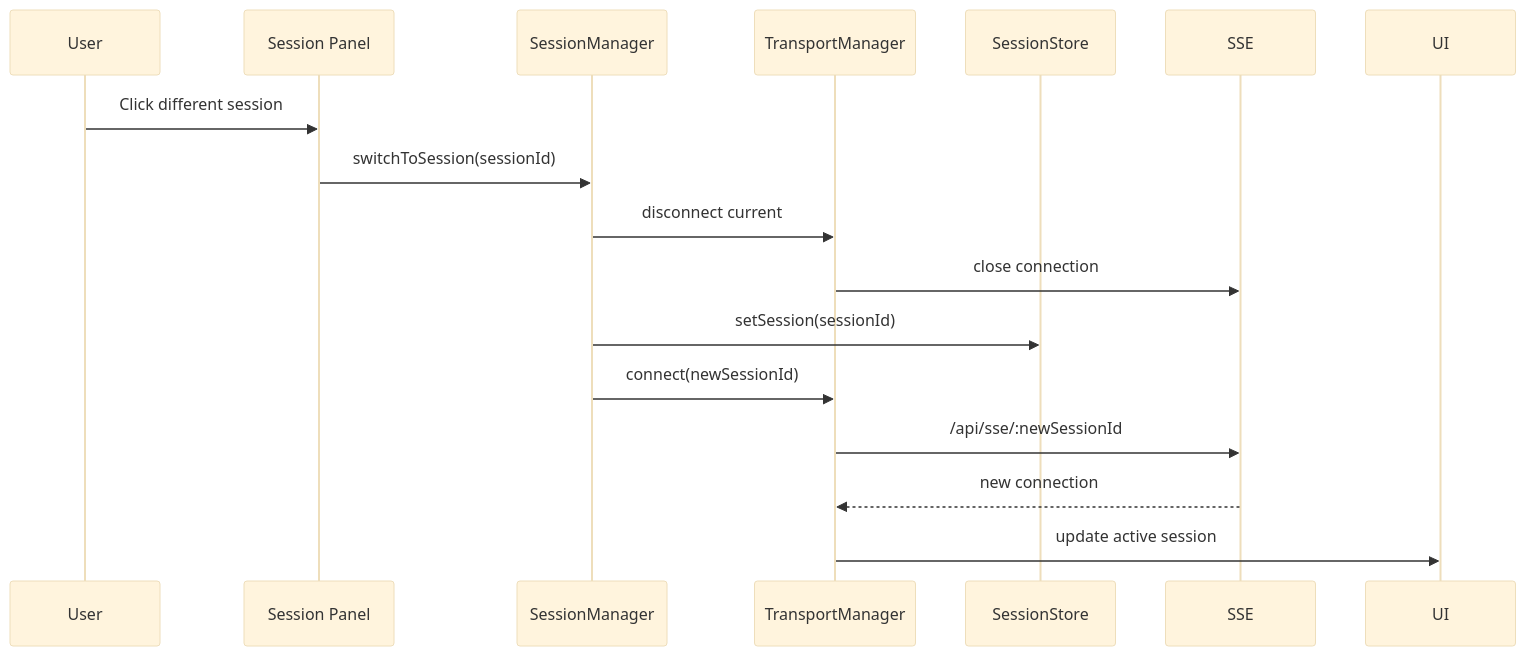
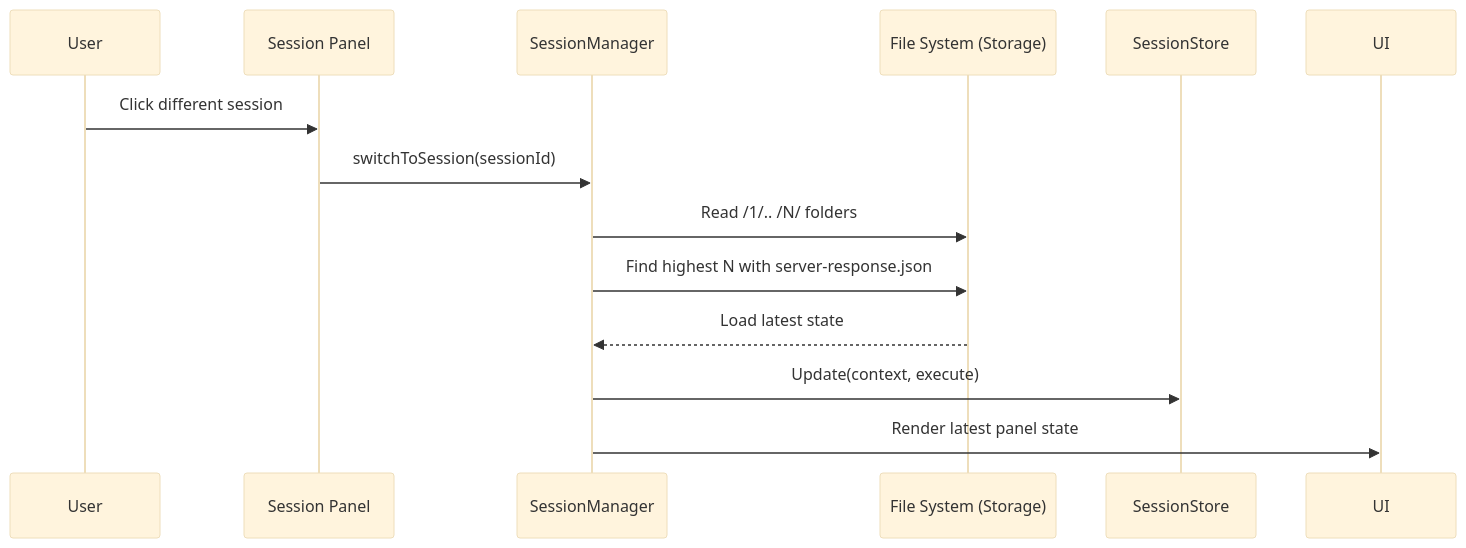
Before and after one commit to donkeyhotshow/a2a-script-agent-autonomy: the second of 3 diagrams in a2a-client/docs/workflows/session-lifecycle/README.md, drawn with Mermaid (base theme). The commit also changed other lines of this file and 280 other files, not shown here.

````diff
--- a/a2a-client/docs/workflows/session-lifecycle/README.md
+++ b/a2a-client/docs/workflows/session-lifecycle/README.md
@@ -58,18 +55,16 @@
 ```mermaid
 sequenceDiagram
     participant U as User
     participant SP as Session Panel
     participant SM as SessionManager
-    participant TM as TransportManager
+    participant FS as File System (Storage)
     participant SS as SessionStore
 
     U->>SP: Click different session
     SP->>SM: switchToSession(sessionId)
-    SM->>TM: disconnect current
-    TM->>SSE: close connection
-    SM->>SS: setSession(sessionId)
-    SM->>TM: connect(newSessionId)
-    TM->>SSE: /api/sse/:newSessionId
-    SSE-->>TM: new connection
-    TM->>UI: update active session
+    SM->>FS: Read /1/.. /N/ folders
+    SM->>FS: Find highest N with server-response.json
+    FS-->>SM: Load latest state
+    SM->>SS: Update(context, execute)
+    SM->>UI: Render latest panel state
 ```
````
